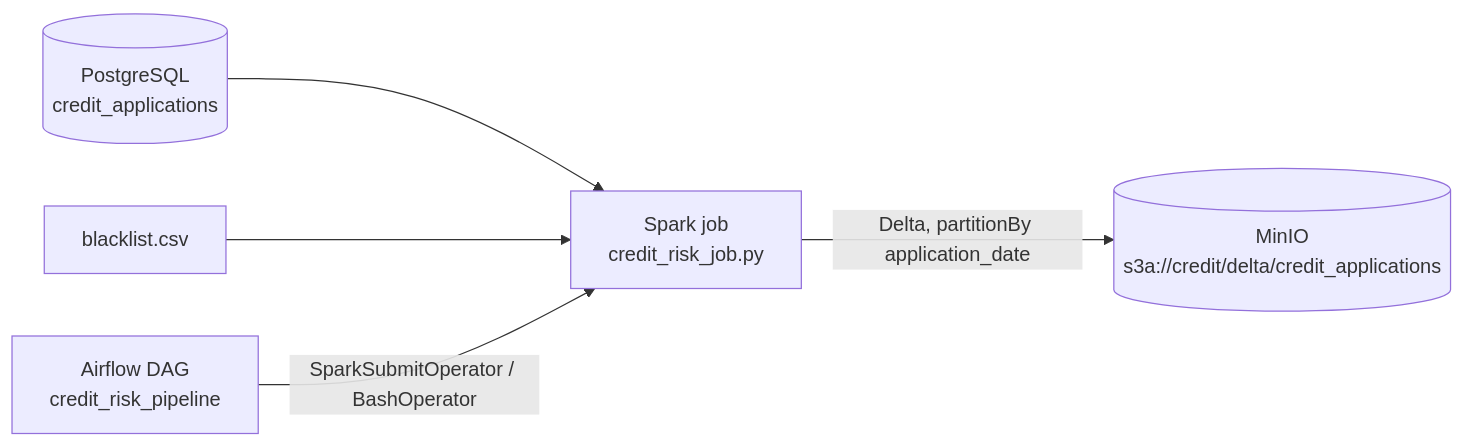
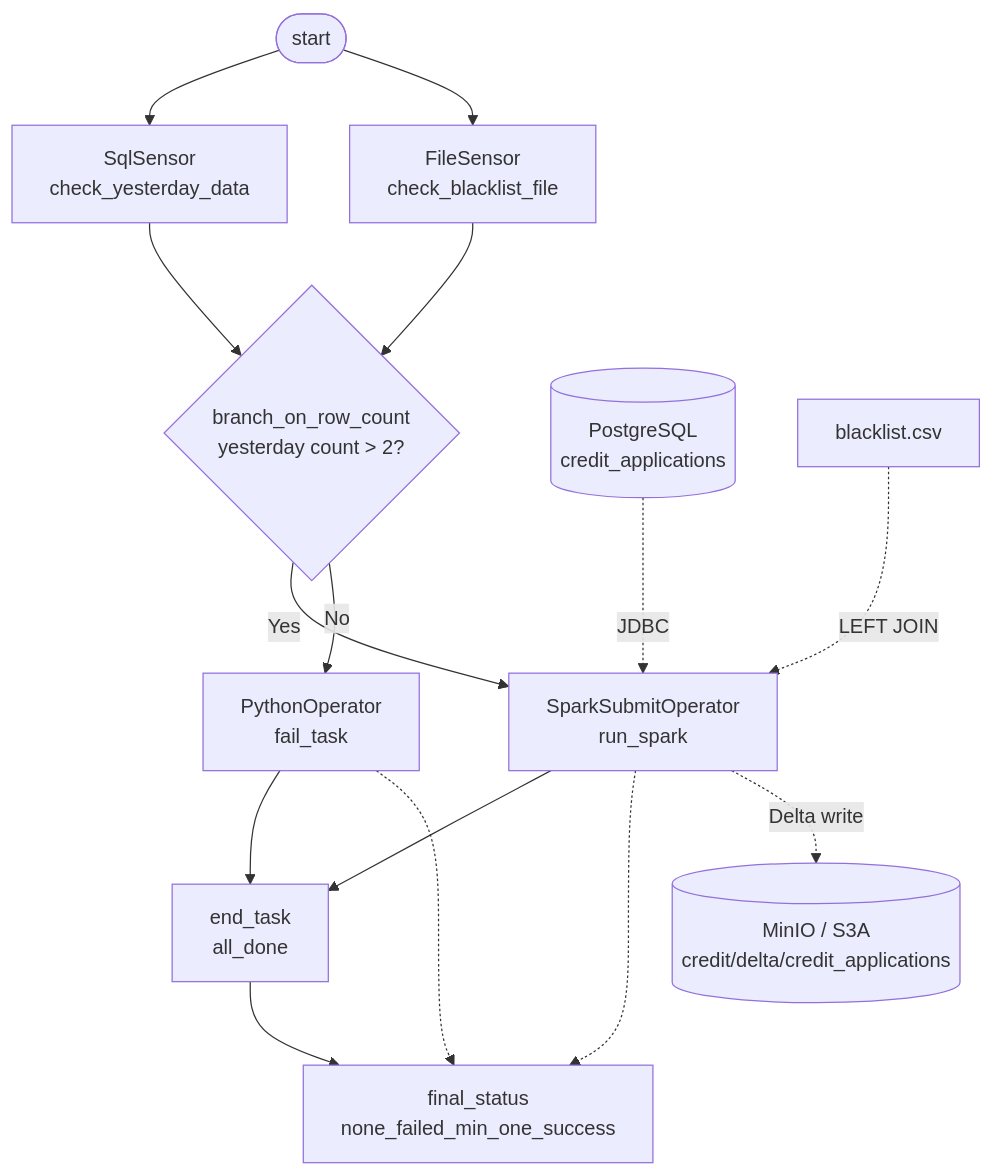
Before and after one commit to MahammadRasulovv/credit-risk-airflow-pipeline: the diagram in README.md, drawn with Mermaid. The commit also changed other lines of this file and 15 other files, not shown here.

Commit message:
Refactor credit risk pipeline v4 and update documentation

````diff
--- a/README.md
+++ b/README.md
@@ -24,7 +25,18 @@
 ```mermaid
-flowchart LR
-    PG[(PostgreSQL<br/>credit_applications)] --> SP[Spark job<br/>credit_risk_job.py]
-    BL[blacklist.csv] --> SP
-    SP -->|Delta, partitionBy application_date| MN[(MinIO<br/>s3a://credit/delta/credit_applications)]
-    AF[Airflow DAG<br/>credit_risk_pipeline] -->|SparkSubmitOperator / BashOperator| SP
+flowchart TD
+    START([start]) --> SQL["SqlSensor<br/>check_yesterday_data"]
+    START --> FILE["FileSensor<br/>check_blacklist_file"]
+    SQL --> BR{"branch_on_row_count<br/>yesterday count > 2?"}
+    FILE --> BR
+    BR -->|Yes| SP["SparkSubmitOperator<br/>run_spark"]
+    BR -->|No| FAIL["PythonOperator<br/>fail_task"]
+    SP --> END["end_task<br/>all_done"]
+    FAIL --> END
+    END --> FINAL["final_status<br/>none_failed_min_one_success"]
+    SP -.-> FINAL
+    FAIL -.-> FINAL
+
+    PG[("PostgreSQL<br/>credit_applications")] -. JDBC .-> SP
+    CSV["blacklist.csv"] -. LEFT JOIN .-> SP
+    SP -. Delta write .-> MINIO[("MinIO / S3A<br/>credit/delta/credit_applications")]
 ```
````
